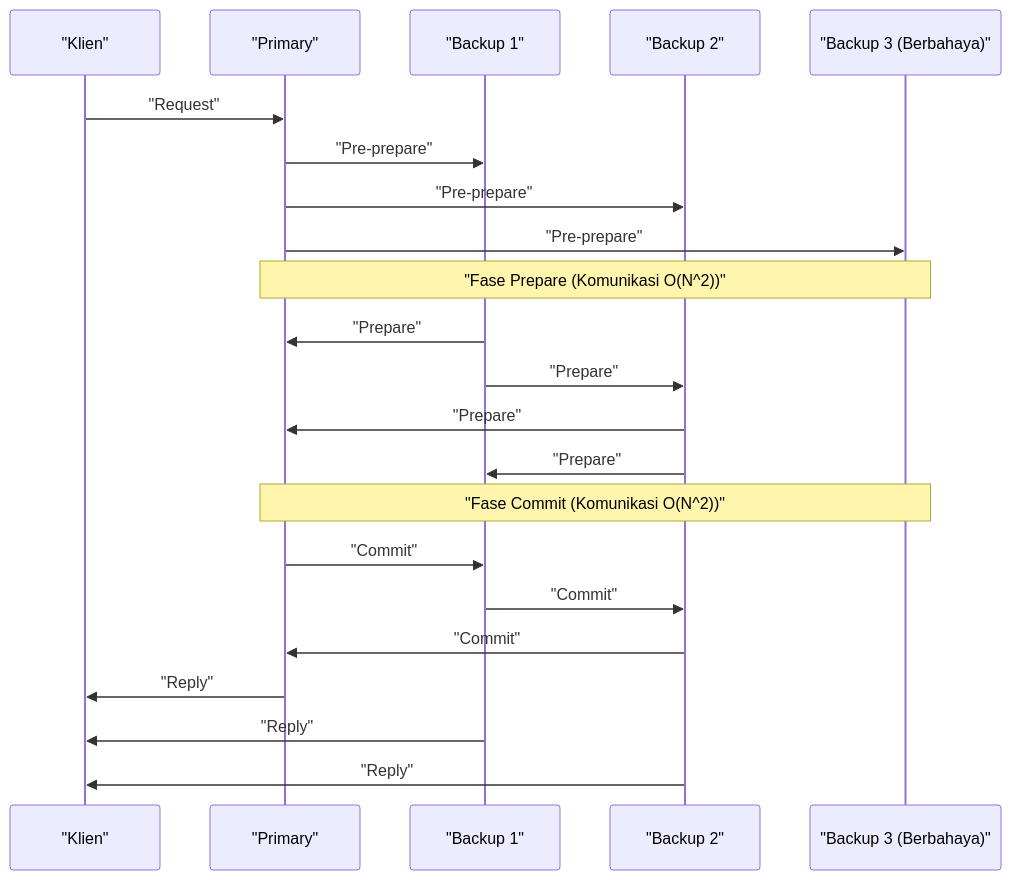
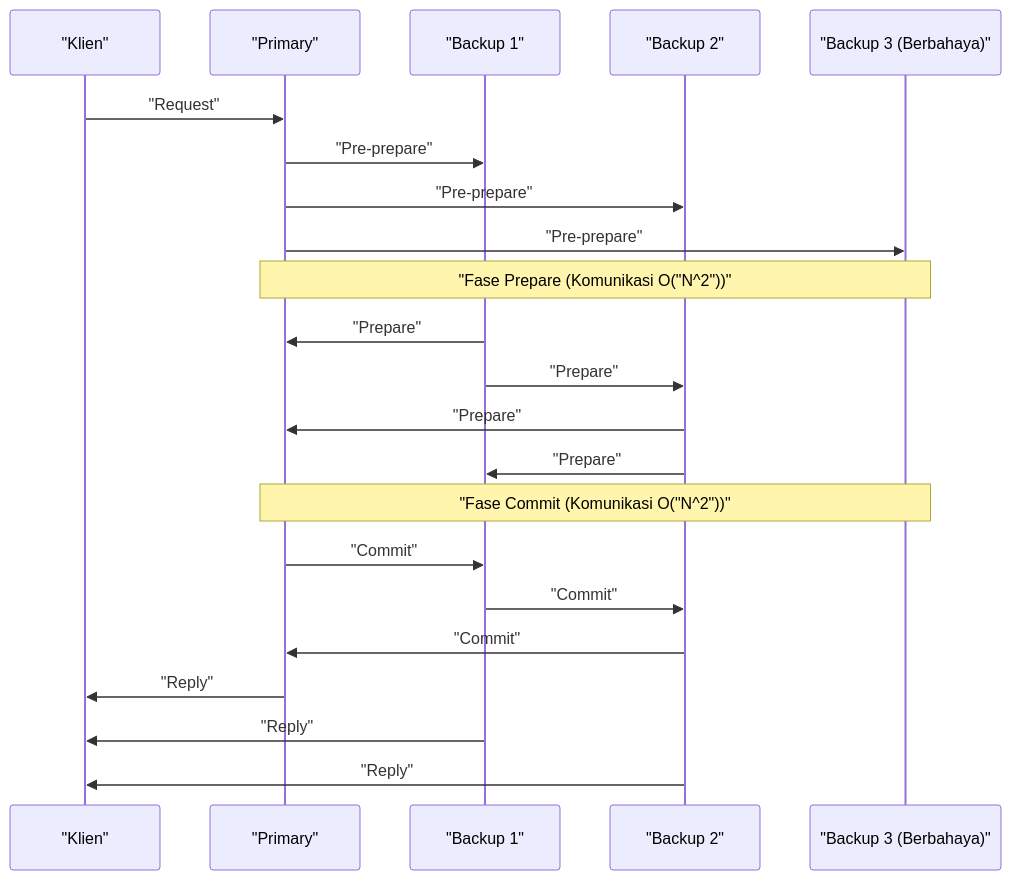
Before and after one commit to kenjinote/blog: the third of 3 diagrams in content/post/byzantine-generals-problem-consensus/index.id.md, drawn with Mermaid. The commit also changed 929 other files, not shown here.

Commit message:
fix: Add double quotes to all Mermaid node texts to resolve syntax errors

````diff
--- a/content/post/byzantine-generals-problem-consensus/index.id.md
+++ b/content/post/byzantine-generals-problem-consensus/index.id.md
@@ -245,28 +245,28 @@
 ```mermaid
 sequenceDiagram
     participant C as "Klien"
     participant P as "Primary"
     participant B1 as "Backup 1"
     participant B2 as "Backup 2"
     participant B3 as "Backup 3 (Berbahaya)"
 
     C->>P: "Request"
     P->>B1: "Pre-prepare"
     P->>B2: "Pre-prepare"
     P->>B3: "Pre-prepare"
     
-    Note over P,B3: "Fase Prepare (Komunikasi O(N^2))"
+    Note over P,B3: "Fase Prepare (Komunikasi O("N^2"))"
     B1->>P: "Prepare"
     B1->>B2: "Prepare"
     B2->>P: "Prepare"
     B2->>B1: "Prepare"
     
-    Note over P,B3: "Fase Commit (Komunikasi O(N^2))"
+    Note over P,B3: "Fase Commit (Komunikasi O("N^2"))"
     P->>B1: "Commit"
     B1->>B2: "Commit"
     B2->>P: "Commit"
     
     P->>C: "Reply"
     B1->>C: "Reply"
     B2->>C: "Reply"
 ```
````
